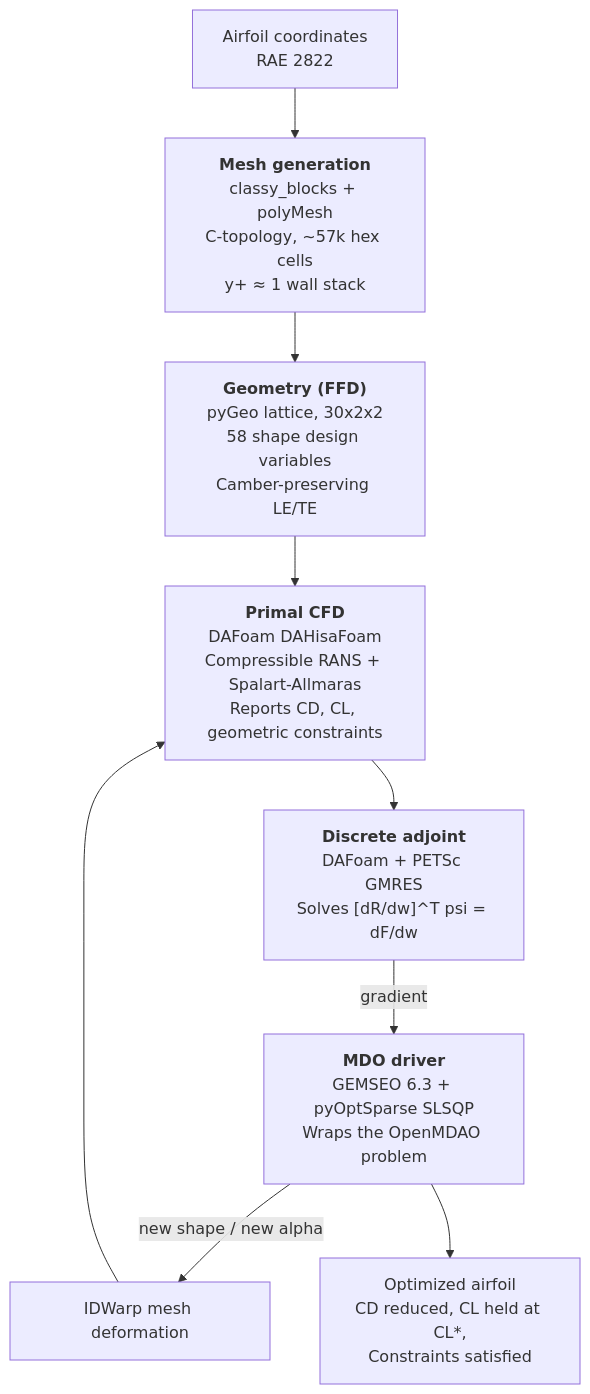
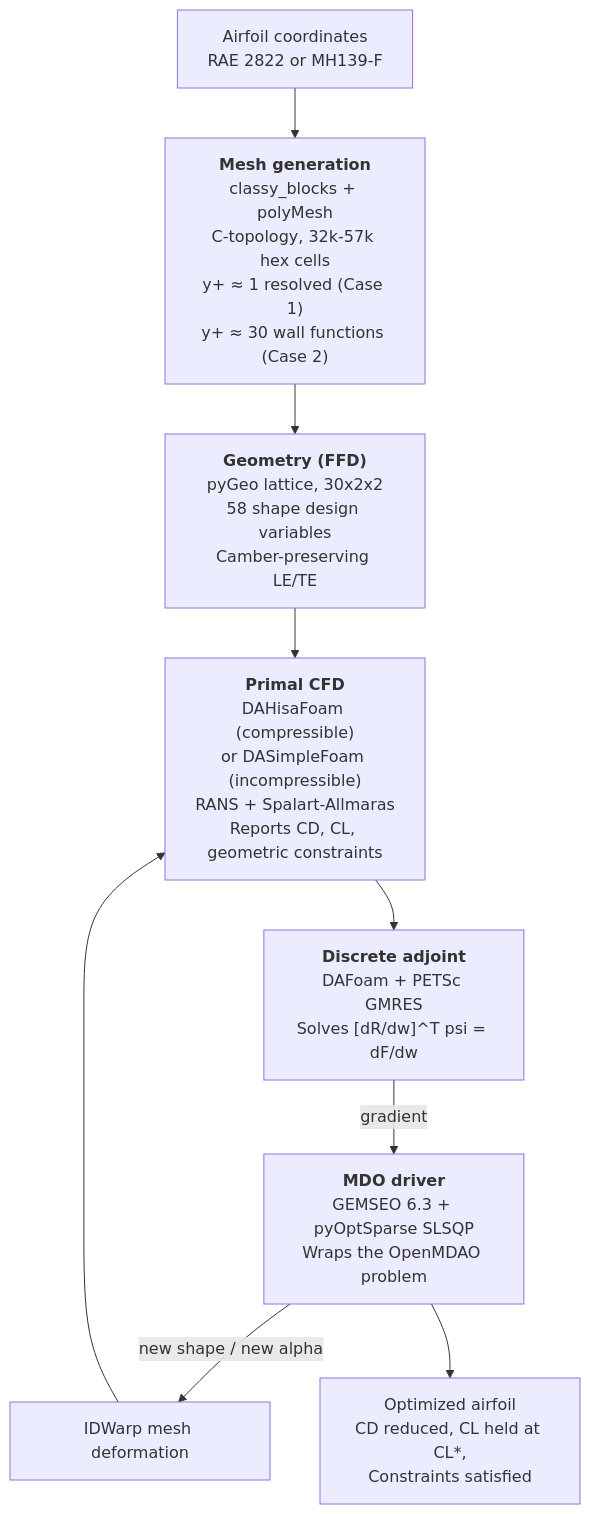
One commit to phaniraghava1234/LALE_Optimization changed the diagram in README.md. Above: the diagram before and after it, drawn with Mermaid. The commit also changed other lines of this file and 5 other files, not shown here.

````diff
--- a/README.md
+++ b/README.md
@@ -31,13 +47,13 @@
 ```mermaid
 flowchart TB
-    A["Airfoil coordinates<br/>RAE 2822"] --> B
-    B["<b>Mesh generation</b><br/>classy_blocks + polyMesh<br/>C-topology, ~57k hex cells<br/>y+ ≈ 1 wall stack"] --> C
+    A["Airfoil coordinates<br/>RAE 2822 or MH139-F"] --> B
+    B["<b>Mesh generation</b><br/>classy_blocks + polyMesh<br/>C-topology, 32k-57k hex cells<br/>y+ ≈ 1 resolved (Case 1)<br/>y+ ≈ 30 wall functions (Case 2)"] --> C
     C["<b>Geometry (FFD)</b><br/>pyGeo lattice, 30x2x2<br/>58 shape design variables<br/>Camber-preserving LE/TE"] --> D
-    D["<b>Primal CFD</b><br/>DAFoam DAHisaFoam<br/>Compressible RANS + Spalart-Allmaras<br/>Reports CD, CL, geometric constraints"] --> E
+    D["<b>Primal CFD</b><br/>DAHisaFoam (compressible)<br/>or DASimpleFoam (incompressible)<br/>RANS + Spalart-Allmaras<br/>Reports CD, CL, geometric constraints"] --> E
     E["<b>Discrete adjoint</b><br/>DAFoam + PETSc GMRES<br/>Solves [dR/dw]^T psi = dF/dw"]
     E -->|gradient| F
     F["<b>MDO driver</b><br/>GEMSEO 6.3 + pyOptSparse SLSQP<br/>Wraps the OpenMDAO problem"]
     F -->|new shape / new alpha| G["IDWarp mesh deformation"]
     G --> D
     F --> H["Optimized airfoil<br/>CD reduced, CL held at CL*,<br/>Constraints satisfied"]
 ```
````
